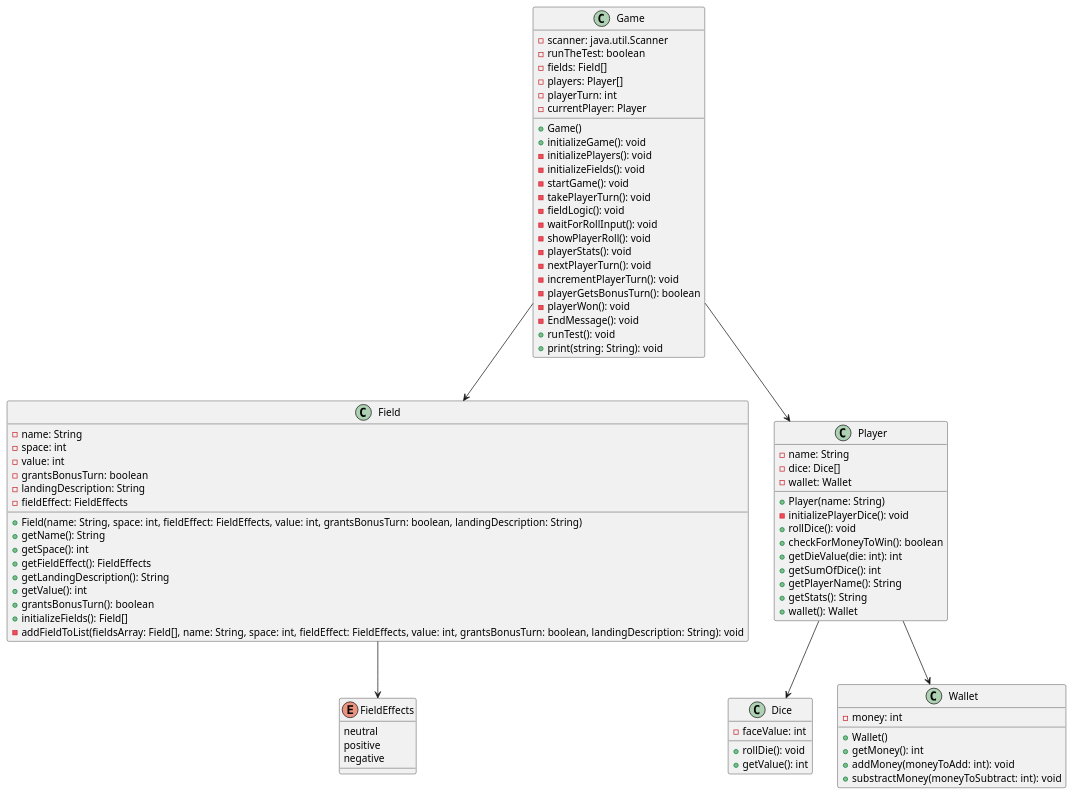
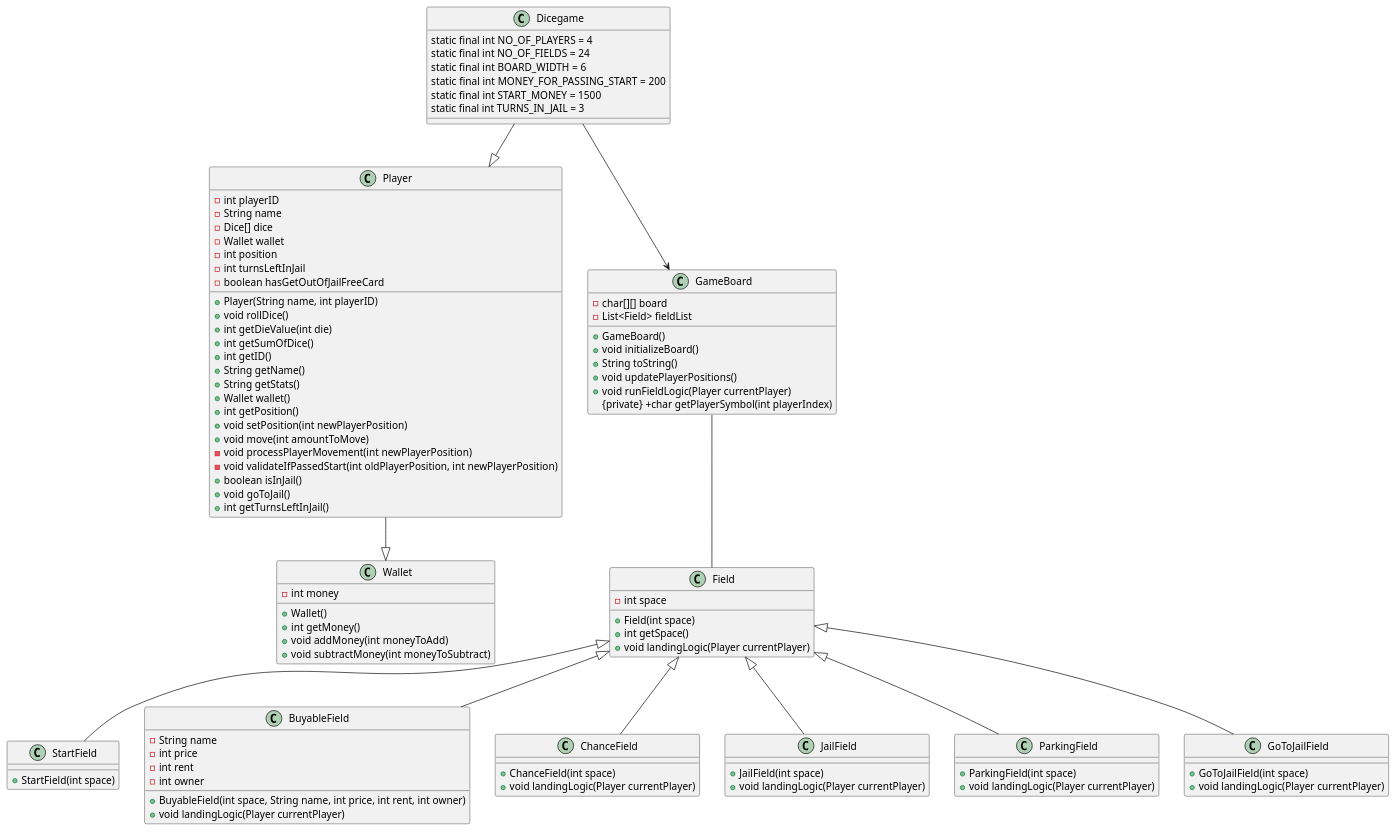
The diagram in src/DesignDiagram.puml (ChristofferLindemannBuhl/CDIO3), drawn with PlantUML before and after one commit.

Commit message:
Updated DesignClassDiagram

```diff
--- a/src/DesignDiagram.puml
+++ b/src/DesignDiagram.puml
@@ -1,87 +1,108 @@
-@startuml DesignDiagram
-class Dice {
-  -faceValue: int
-  +rollDie(): void
-  +getValue(): int
+@startuml
+
+class Dicegame {
+  static final int NO_OF_PLAYERS = 4
+  static final int NO_OF_FIELDS = 24
+  static final int BOARD_WIDTH = 6
+  static final int MONEY_FOR_PASSING_START = 200
+  static final int START_MONEY = 1500
+  static final int TURNS_IN_JAIL = 3
+}
+
+class Player {
+  -int playerID
+  -String name
+  -Dice[] dice
+  -Wallet wallet
+  -int position
+  -int turnsLeftInJail
+  -boolean hasGetOutOfJailFreeCard
+  +Player(String name, int playerID)
+  +void rollDice()
+  +int getDieValue(int die)
+  +int getSumOfDice()
+  +int getID()
+  +String getName()
+  +String getStats()
+  +Wallet wallet()
+  +int getPosition()
+  +void setPosition(int newPlayerPosition)
+  +void move(int amountToMove)
+  -void processPlayerMovement(int newPlayerPosition)
+  -void validateIfPassedStart(int oldPlayerPosition, int newPlayerPosition)
+  +boolean isInJail()
+  +void goToJail()
+  +int getTurnsLeftInJail()
+}
+
+class Wallet {
+  -int money
+  +Wallet()
+  +int getMoney()
+  +void addMoney(int moneyToAdd)
+  +void subtractMoney(int moneyToSubtract)
 }
 
 class Field {
-  -name: String
-  -space: int
-  -value: int
-  -grantsBonusTurn: boolean
-  -landingDescription: String
-  -fieldEffect: FieldEffects
-  +Field(name: String, space: int, fieldEffect: FieldEffects, value: int, grantsBonusTurn: boolean, landingDescription: String)
-  +getName(): String
-  +getSpace(): int
-  +getFieldEffect(): FieldEffects
-  +getLandingDescription(): String
-  +getValue(): int
-  +grantsBonusTurn(): boolean
-  +initializeFields(): Field[]
-  -addFieldToList(fieldsArray: Field[], name: String, space: int, fieldEffect: FieldEffects, value: int, grantsBonusTurn: boolean, landingDescription: String): void
+  -int space
+  +Field(int space)
+  +int getSpace()
+  +void landingLogic(Player currentPlayer)
 }
 
-enum FieldEffects {
-  neutral
-  positive
-  negative
+class StartField {
+  +StartField(int space)
 }
 
-class Game {
-  -scanner: java.util.Scanner
-  -runTheTest: boolean
-  -fields: Field[]
-  -players: Player[]
-  -playerTurn: int
-  -currentPlayer: Player
-  +Game()
-  +initializeGame(): void
-  -initializePlayers(): void
-  -initializeFields(): void
-  -startGame(): void
-  -takePlayerTurn(): void
-  -fieldLogic(): void
-  -waitForRollInput(): void
-  -showPlayerRoll(): void
-  -playerStats(): void
-  -nextPlayerTurn(): void
-  -incrementPlayerTurn(): void
-  -playerGetsBonusTurn(): boolean
-  -playerWon(): void
-  -EndMessage(): void
-  +runTest(): void
-  +print(string: String): void
+class BuyableField {
+  -String name
+  -int price
+  -int rent
+  -int owner
+  +BuyableField(int space, String name, int price, int rent, int owner)
+  +void landingLogic(Player currentPlayer)
 }
 
-class Player {
-  -name: String
-  -dice: Dice[]
-  -wallet: Wallet
-  +Player(name: String)
-  -initializePlayerDice(): void
-  +rollDice(): void
-  +checkForMoneyToWin(): boolean
-  +getDieValue(die: int): int
-  +getSumOfDice(): int
-  +getPlayerName(): String
-  +getStats(): String
-  +wallet(): Wallet
+class ChanceField {
+  +ChanceField(int space)
+  +void landingLogic(Player currentPlayer)
 }
 
-class Wallet {
-  -money: int
-  +Wallet()
-  +getMoney(): int
-  +addMoney(moneyToAdd: int): void
-  +substractMoney(moneyToSubtract: int): void
+class JailField {
+  +JailField(int space)
+  +void landingLogic(Player currentPlayer)
 }
 
-Game --> Field
-Game --> Player
-Player --> Dice
-Player --> Wallet
-Field --> FieldEffects
+class ParkingField {
+  +ParkingField(int space)
+  +void landingLogic(Player currentPlayer)
+}
+
+class GoToJailField {
+  +GoToJailField(int space)
+  +void landingLogic(Player currentPlayer)
+}
+
+class GameBoard {
+  -char[][] board
+  -List<Field> fieldList
+  +GameBoard()
+  +void initializeBoard()
+  +String toString()
+  +void updatePlayerPositions()
+  +void runFieldLogic(Player currentPlayer)
+  {private} +char getPlayerSymbol(int playerIndex)
+}
+
+Dicegame --|> Player
+Player --|> Wallet
+Field <|-- StartField
+Field <|-- BuyableField
+Field <|-- ChanceField
+Field <|-- JailField
+Field <|-- ParkingField
+Field <|-- GoToJailField
+Dicegame --> GameBoard
+GameBoard -- Field
 
 @enduml
```
